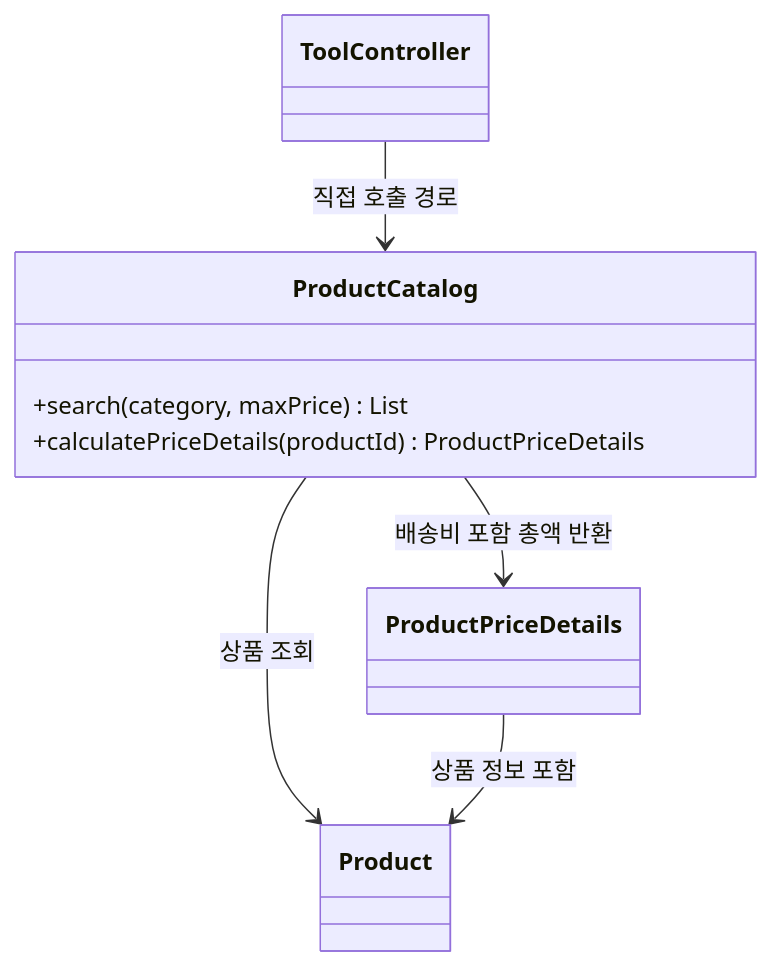
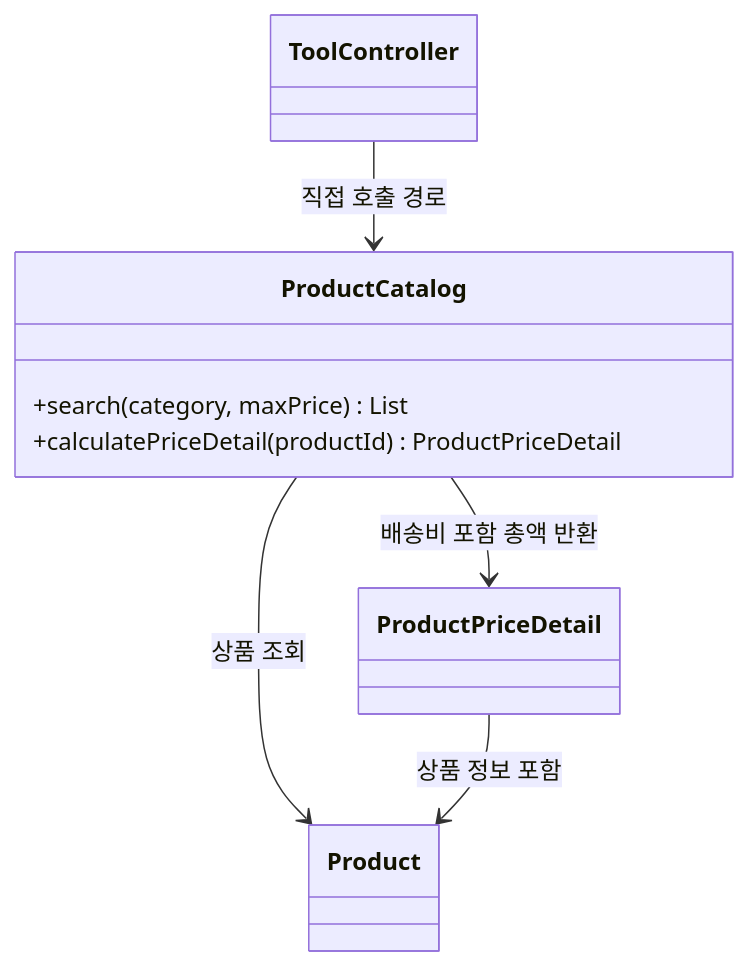
The diagram in Spring-AI-Agent-Learning/docs/lessons/05-tool-calling/01-java.md (Justin-ad-Park/SpringShoppingAI), drawn with Mermaid before and after one commit. The commit also changed other lines of this file and 19 other files, not shown here.

````diff
--- a/Spring-AI-Agent-Learning/docs/lessons/05-tool-calling/01-java.md
+++ b/Spring-AI-Agent-Learning/docs/lessons/05-tool-calling/01-java.md
@@ -28,14 +28,14 @@
 ```mermaid
 classDiagram
     class ToolController
     class ProductCatalog {
         +search(category, maxPrice) List
-        +calculatePriceDetails(productId) ProductPriceDetails
+        +calculatePriceDetail(productId) ProductPriceDetail
     }
     class Product
-    class ProductPriceDetails
+    class ProductPriceDetail
     ToolController --> ProductCatalog : 직접 호출 경로
     ProductCatalog --> Product : 상품 조회
-    ProductCatalog --> ProductPriceDetails : 배송비 포함 총액 반환
-    ProductPriceDetails --> Product : 상품 정보 포함
+    ProductCatalog --> ProductPriceDetail : 배송비 포함 총액 반환
+    ProductPriceDetail --> Product : 상품 정보 포함
 ```
````
